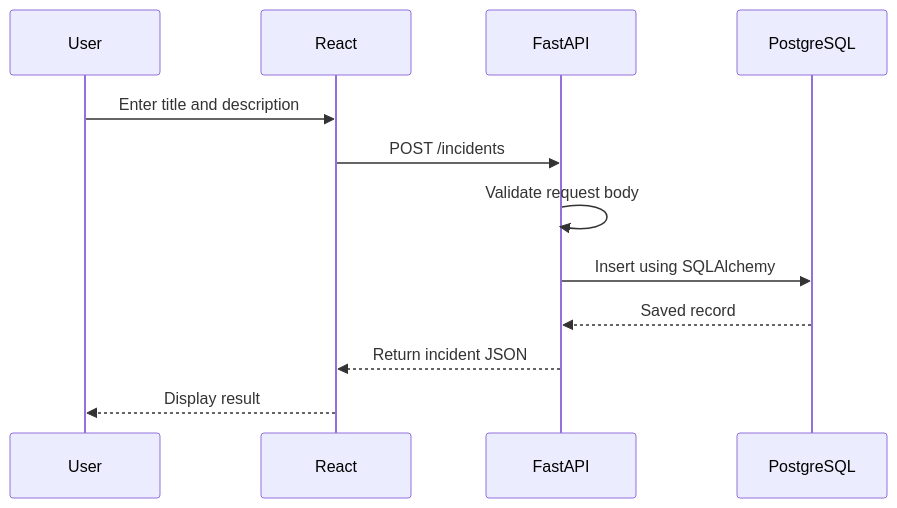
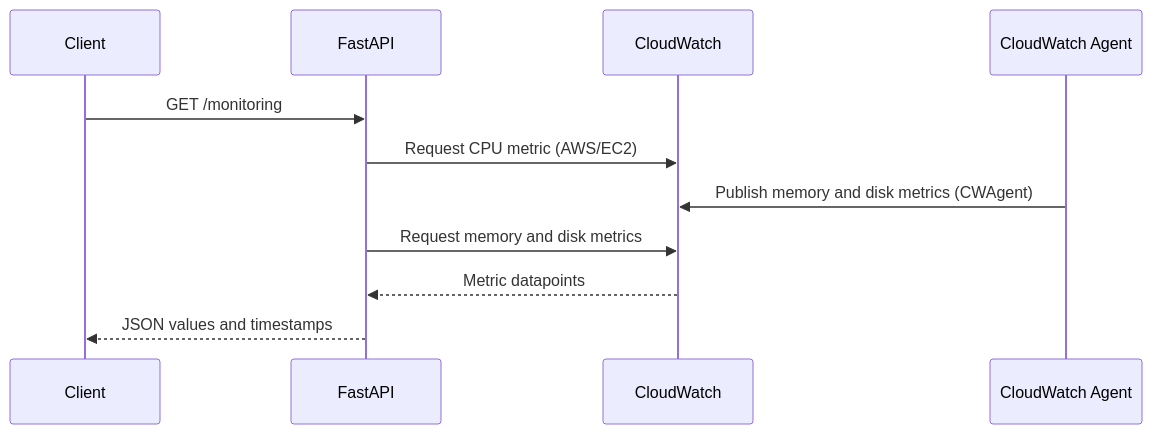
The second of 2 diagrams in docs/workflow.md (Bharath9542530187/CloudOps-Nexus), drawn with Mermaid before and after one commit. The commit also changed other lines of this file, not shown here.

````diff
--- a/docs/workflow.md
+++ b/docs/workflow.md
@@ -42,14 +34,13 @@
 ```mermaid
 sequenceDiagram
-    participant User
-    participant UI as React
+    participant Client
     participant API as FastAPI
-    participant DB as PostgreSQL
-    User->>UI: Enter title and description
-    UI->>API: POST /incidents
-    API->>API: Validate request body
-    API->>DB: Insert using SQLAlchemy
-    DB-->>API: Saved record
-    API-->>UI: Return incident JSON
-    UI-->>User: Display result
+    participant CW as CloudWatch
+    participant Agent as CloudWatch Agent
+    Client->>API: GET /monitoring
+    API->>CW: Request CPU metric (AWS/EC2)
+    Agent->>CW: Publish memory and disk metrics (CWAgent)
+    API->>CW: Request memory and disk metrics
+    CW-->>API: Metric datapoints
+    API-->>Client: JSON values and timestamps
 ```
````
